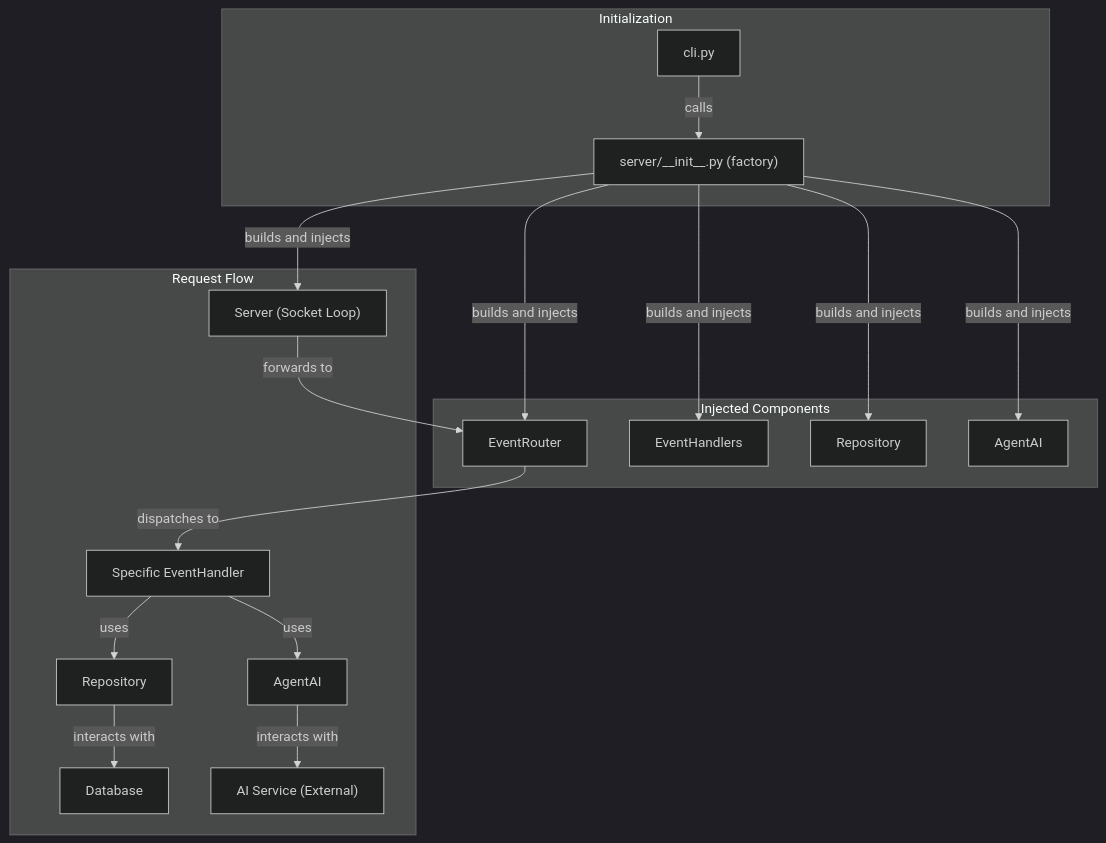
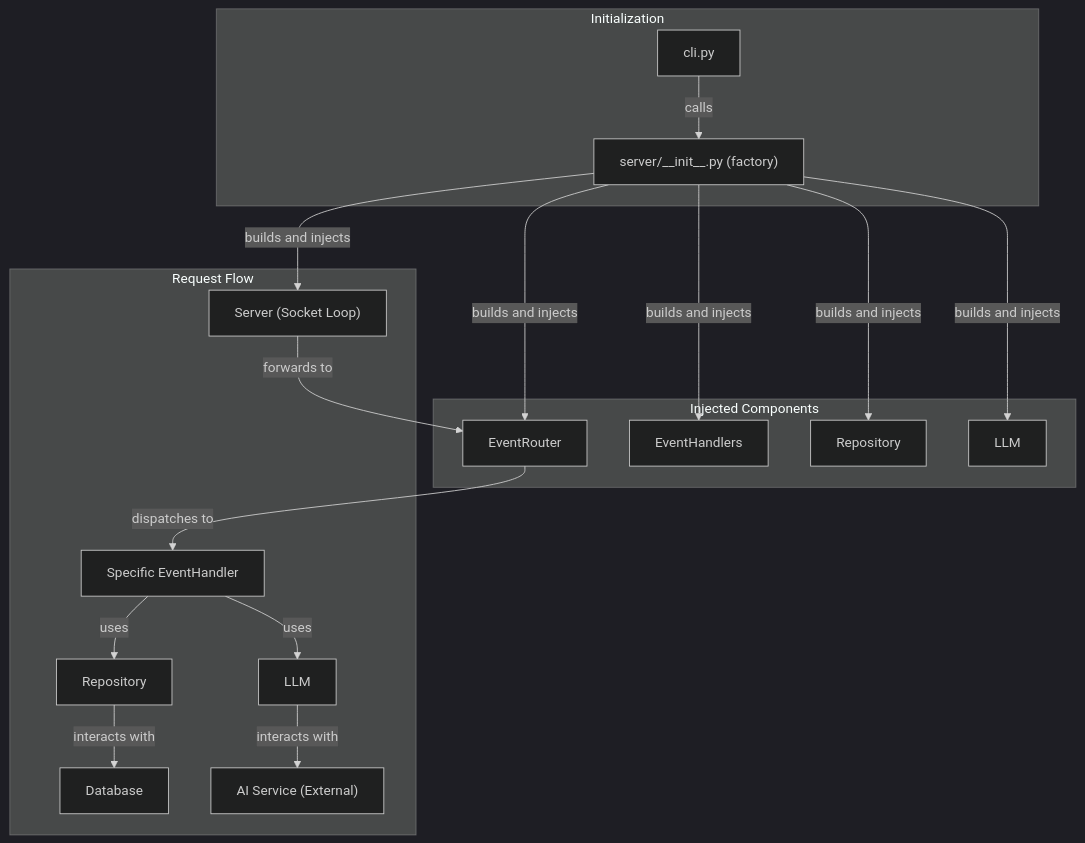
The first of 4 diagrams in docs/architecture.md (Alekyo4/C2S_Challenge), drawn with Mermaid (dark theme) before and after one commit. The commit also changed other lines of this file and 9 other files, not shown here.

````diff
--- a/docs/architecture.md
+++ b/docs/architecture.md
@@ -63,33 +63,33 @@
 ```mermaid
 graph TD
     subgraph "Initialization"
         CLI["cli.py"]
         Factory["server/__init__.py (factory)"]
     end
 
     subgraph "Injected Components"
         Repo["Repository"]
-        AgentAI["AgentAI"]
+        LLM["LLM"]
         Handlers["EventHandlers"]
         Router["EventRouter"]
     end
 
     subgraph "Request Flow"
         Server["Server (Socket Loop)"]
         HandlerImpl["Specific EventHandler"]
         RepoImpl["Repository"]
-        AgentAIImpl["AgentAI"]
+        LLMImpl["LLM"]
         DB["Database"]
         GenAI["AI Service (External)"]
     end
 
     CLI -->|calls| Factory
-    Factory -- builds and injects --> Server & Router & Handlers & Repo & AgentAI
+    Factory -- builds and injects --> Server & Router & Handlers & Repo & LLM
 
     Server -- forwards to --> Router
     Router -- dispatches to --> HandlerImpl
     HandlerImpl -- uses --> RepoImpl
-    HandlerImpl -- uses --> AgentAIImpl
+    HandlerImpl -- uses --> LLMImpl
     RepoImpl -- interacts with --> DB
-    AgentAIImpl -- interacts with --> GenAI
+    LLMImpl -- interacts with --> GenAI
 ```
````
